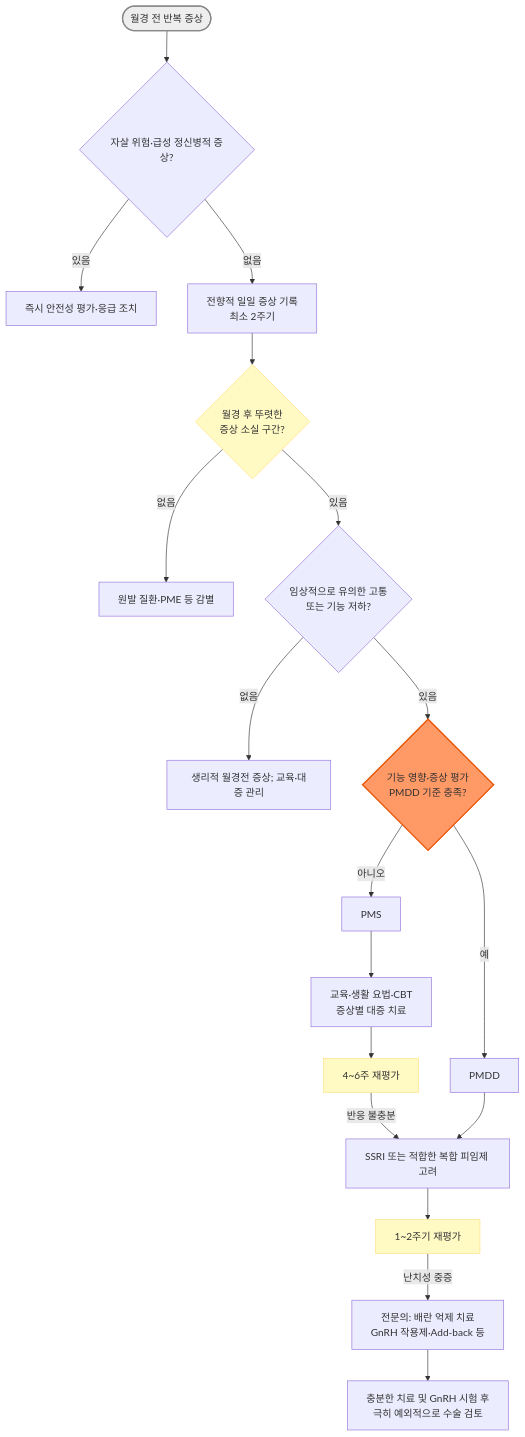
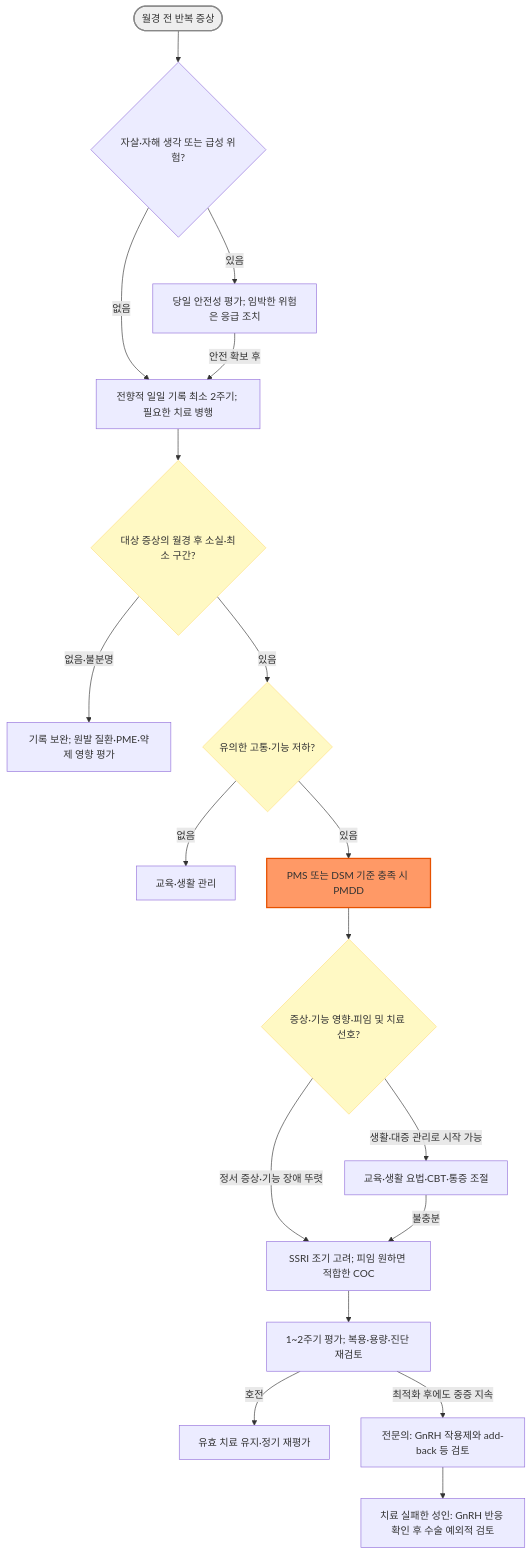
Before and after one commit to familyoh77/familyoh77: the diagram in 227_/127_-premenstrual-syndrome-pms.md, drawn with Mermaid. The commit also changed other lines of this file and 9 other files, not shown here.

````diff
--- a/227_/127_-premenstrual-syndrome-pms.md
+++ b/227_/127_-premenstrual-syndrome-pms.md
@@ -129,27 +133,27 @@
 ```mermaid
 graph TD
-    Start(["월경 전 반복 증상"]) --> Safety{"자살 위험·급성 정신병적 증상?"}
-    Safety -- "있음" --> Urgent["즉시 안전성 평가·응급 조치"]
-    Safety -- "없음" --> Chart["전향적 일일 증상 기록<br>최소 2주기"]
-    Chart --> Pattern{"월경 후 뚜렷한<br>증상 소실 구간?"}
-    Pattern -- "없음" --> Diff["원발 질환·PME 등 감별"]
-    Pattern -- "있음" --> Impact{"임상적으로 유의한 고통<br>또는 기능 저하?"}
-    Impact -- "없음" --> Physiologic["생리적 월경전 증상; 교육·대증 관리"]
-    Impact -- "있음" --> DxBranch{"기능 영향·증상 평가<br>PMDD 기준 충족?"}
-    DxBranch -- "아니오" --> PMS["PMS"]
-    DxBranch -- "예" --> PMDD["PMDD"]
-    PMS --> Step1["교육·생활 요법·CBT<br>증상별 대증 치료"]
-    Step1 --> Reassess1["4~6주 재평가"]
-    Reassess1 -- "반응 불충분" --> Step2["SSRI 또는 적합한 복합 피임제 고려"]
-    PMDD --> Step2
-    Step2 --> Reassess2["1~2주기 재평가"]
-    Reassess2 -- "난치성 중증" --> Step3["전문의: 배란 억제 치료<br>GnRH 작용제·Add-back 등"]
-    Step3 --> Surgery["충분한 치료 및 GnRH 시험 후<br>극히 예외적으로 수술 검토"]
+    Start(["월경 전 반복 증상"]) --> Safety{"자살·자해 생각 또는 급성 위험?"}
+    Safety -- "있음" --> Triage["당일 안전성 평가; 임박한 위험은 응급 조치"]
+    Safety -- "없음" --> Chart["전향적 일일 기록 최소 2주기; 필요한 치료 병행"]
+    Triage -- "안전 확보 후" --> Chart
+    Chart --> Pattern{"대상 증상의 월경 후 소실·최소 구간?"}
+    Pattern -- "없음·불분명" --> Diff["기록 보완; 원발 질환·PME·약제 영향 평가"]
+    Pattern -- "있음" --> Impact{"유의한 고통·기능 저하?"}
+    Impact -- "없음" --> Physiologic["교육·생활 관리"]
+    Impact -- "있음" --> Dx["PMS 또는 DSM 기준 충족 시 PMDD"]
+    Dx --> Choice{"증상·기능 영향·피임 및 치료 선호?"}
+    Choice -- "생활·대증 관리로 시작 가능" --> Step1["교육·생활 요법·CBT·통증 조절"]
+    Choice -- "정서 증상·기능 장애 뚜렷" --> Step2["SSRI 조기 고려; 피임 원하면 적합한 COC"]
+    Step1 -- "불충분" --> Step2
+    Step2 --> Reassess["1~2주기 평가; 복용·용량·진단 재검토"]
+    Reassess -- "호전" --> Follow["유효 치료 유지·정기 재평가"]
+    Reassess -- "최적화 후에도 중증 지속" --> Step3["전문의: GnRH 작용제와 add-back 등 검토"]
+    Step3 --> Surgery["치료 실패한 성인: GnRH 반응 확인 후 수술 예외적 검토"]
 
     classDef branch fill:#fff9c4,stroke:#ffe082
     classDef mainDx fill:#f96,stroke:#e65100,stroke-width:2px
     classDef startNode fill:#eeeeee,stroke:#888888,stroke-width:2px
     class Start startNode
-    class DxBranch mainDx
-    class Pattern,Reassess1,Reassess2 branch
+    class Dx mainDx
+    class Pattern,Impact,Choice branch
 ```
````
